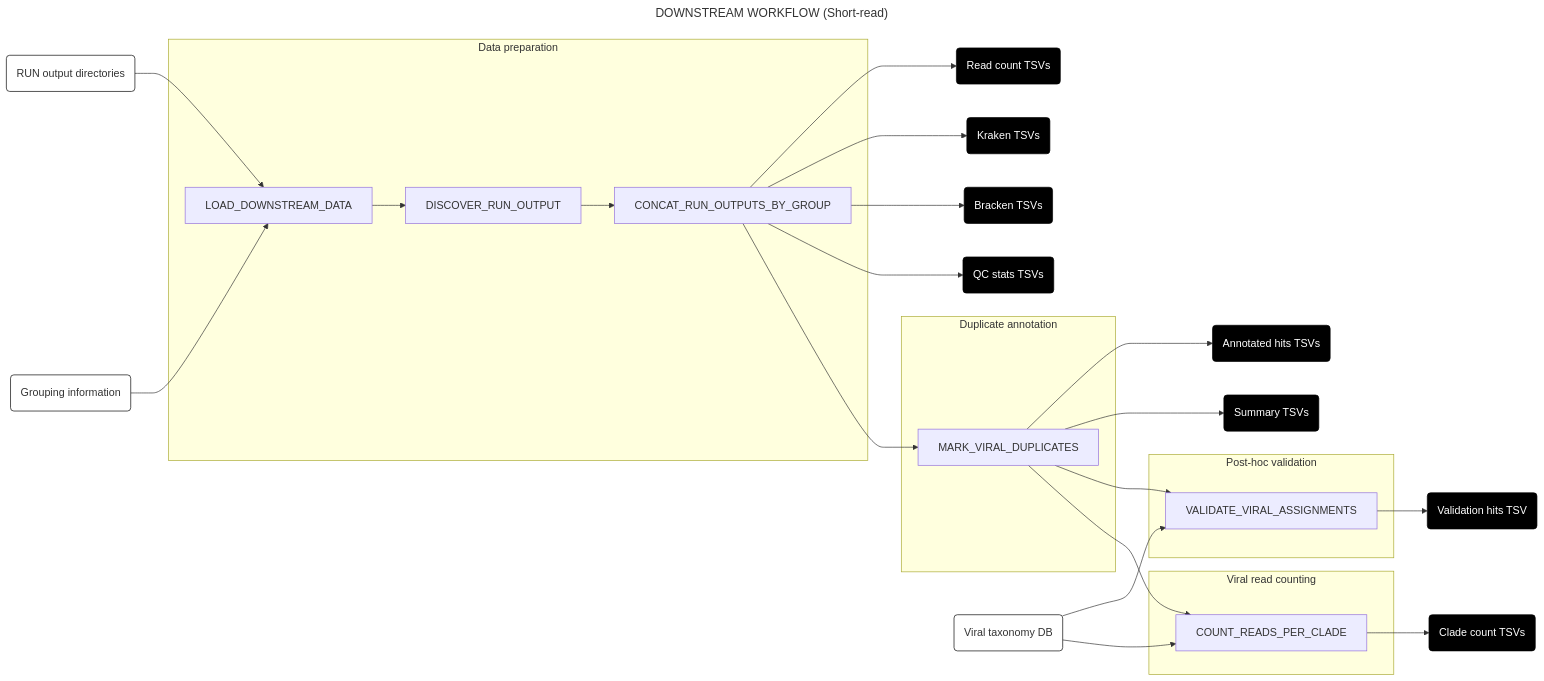
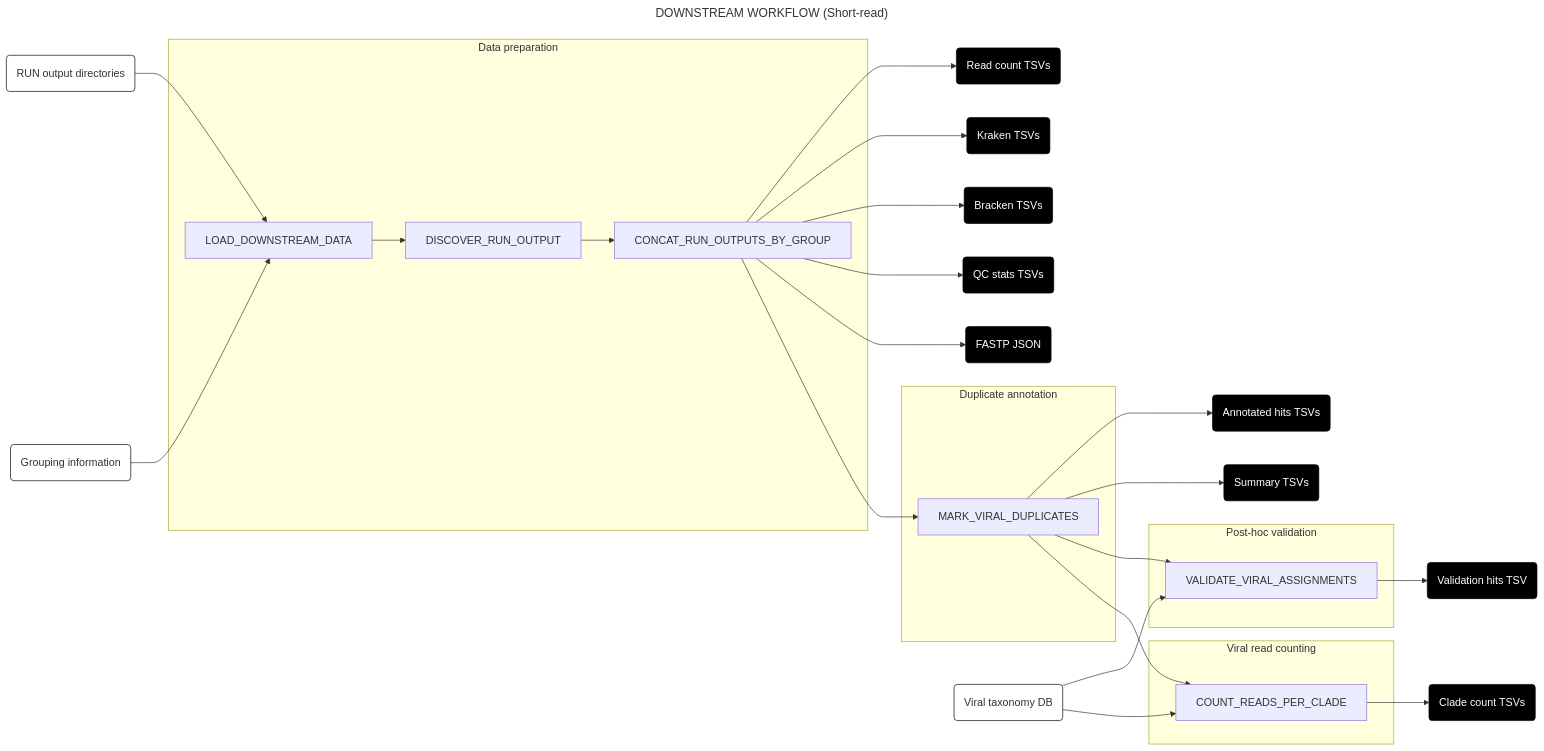
The first of 10 diagrams in docs/downstream.md (securebio/nao-mgs-workflow), drawn with Mermaid before and after one commit. The commit also changed other lines of this file and 20 other files, not shown here.

First line of the commit message:
Wire FASTP JSON through DOWNSTREAM workflow (#685)

````diff
--- a/docs/downstream.md
+++ b/docs/downstream.md
@@ -17,49 +17,51 @@
 ```mermaid
 ---
 title: DOWNSTREAM WORKFLOW (Short-read)
 config:
   layout: horizontal
 ---
 flowchart LR
 A(RUN output directories) & B(Grouping information) --> C[LOAD_DOWNSTREAM_DATA]
 C --> N[DISCOVER_RUN_OUTPUT]
 N --> O[CONCAT_RUN_OUTPUTS_BY_GROUP]
 O --> S(Read count TSVs)
 O --> KR(Kraken TSVs)
 O --> BR(Bracken TSVs)
 O --> QC(QC stats TSVs)
+O --> FJ(FASTP JSON)
 O --> E[MARK_VIRAL_DUPLICATES]
 E --> J(Annotated hits TSVs)
 E --> K(Summary TSVs)
 E --> F[VALIDATE_VIRAL_ASSIGNMENTS]
 G(Viral taxonomy DB) --> F
 F --> H(Validation hits TSV)
 G --> L[COUNT_READS_PER_CLADE]
 E --> L
 L --> M(Clade count TSVs)
 subgraph "Data preparation"
 C
 N
 O
 end
 subgraph "Duplicate annotation"
 E
 end
 subgraph "Post-hoc validation"
 F
 end
 subgraph "Viral read counting"
 L
 end
 style A fill:#fff,stroke:#000
 style B fill:#fff,stroke:#000
 style G fill:#fff,stroke:#000
 style H fill:#000,color:#fff,stroke:#000
 style J fill:#000,color:#fff,stroke:#000
 style K fill:#000,color:#fff,stroke:#000
 style M fill:#000,color:#fff,stroke:#000
 style S fill:#000,color:#fff,stroke:#000
 style KR fill:#000,color:#fff,stroke:#000
 style BR fill:#000,color:#fff,stroke:#000
 style QC fill:#000,color:#fff,stroke:#000
+style FJ fill:#000,color:#fff,stroke:#000
 ```
````
